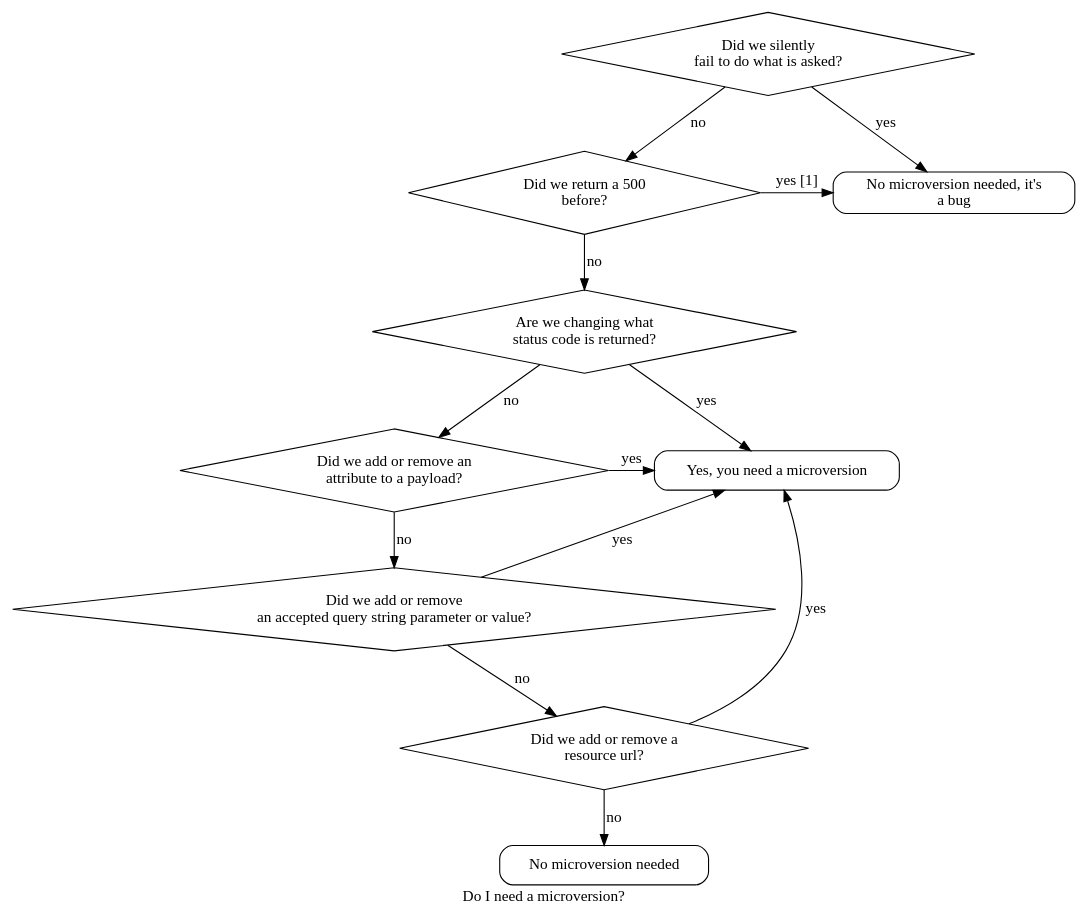
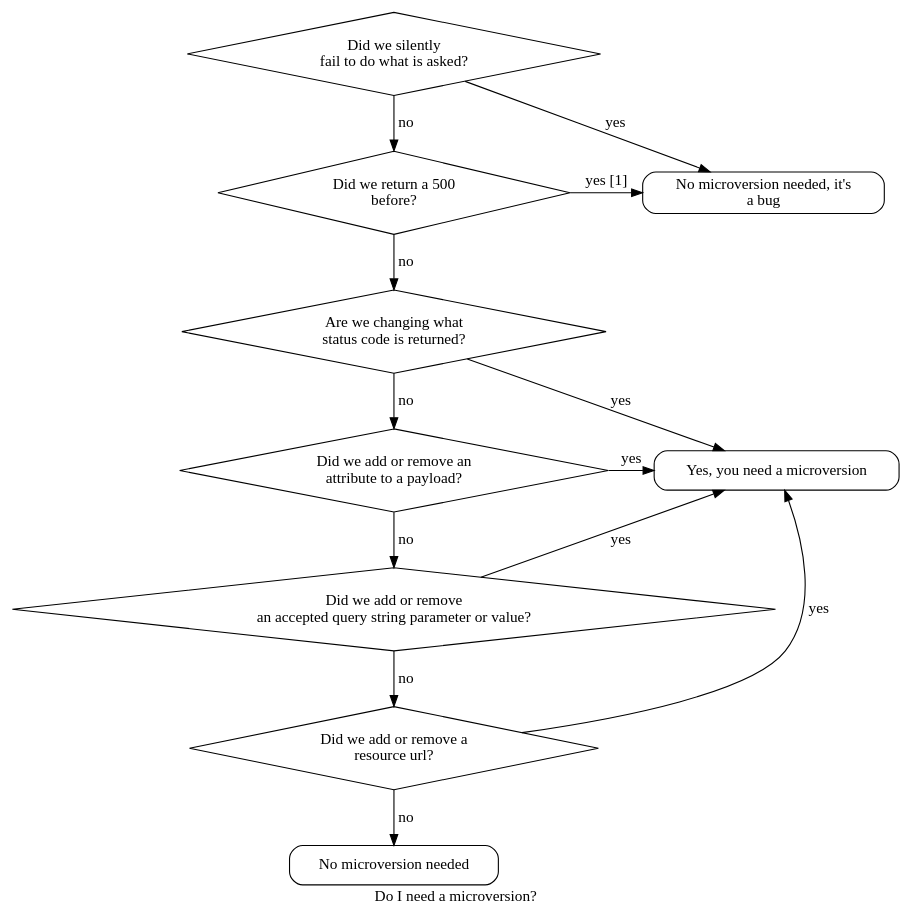
Before and after one commit to openstack/nova: the diagram in doc/source/api_microversion_dev.rst, drawn with Graphviz.

Commit message:
tweak graphviz formatting for readability
The "group" tag on nodes can be used to create vertical alignment, all
nodes in a group which are connected will end up in one column. This
makes reading the flow chart a bit easier.

Add a " " before the "no" edges otherwise they are left justified
completely to the vertical edge, and make it kind of gorpy to read.

```diff
--- a/doc/source/api_microversion_dev.rst
+++ b/doc/source/api_microversion_dev.rst
@@ -78,47 +78,47 @@
 .. graphviz::
 
    digraph states {
 
     label="Do I need a microversion?"
 
-    silent_fail[shape="diamond", style="", label="Did we silently
+    silent_fail[shape="diamond", style="", group=g1, label="Did we silently
    fail to do what is asked?"];
-    ret_500[shape="diamond", style="", label="Did we return a 500
+    ret_500[shape="diamond", style="", group=g1, label="Did we return a 500
    before?"];
-    new_error[shape="diamond", style="", label="Are we changing what
+    new_error[shape="diamond", style="", group=g1, label="Are we changing what
     status code is returned?"];
-    new_attr[shape="diamond", style="", label="Did we add or remove an
+    new_attr[shape="diamond", style="", group=g1, label="Did we add or remove an
     attribute to a payload?"];
-    new_param[shape="diamond", style="", label="Did we add or remove
+    new_param[shape="diamond", style="", group=g1, label="Did we add or remove
     an accepted query string parameter or value?"];
-    new_resource[shape="diamond", style="", label="Did we add or remove a
+    new_resource[shape="diamond", style="", group=g1, label="Did we add or remove a
    resource url?"];
 
 
    no[shape="box", style=rounded, label="No microversion needed"];
    yes[shape="box", style=rounded, label="Yes, you need a microversion"];
    no2[shape="box", style=rounded, label="No microversion needed, it's
    a bug"];
 
-   silent_fail -> ret_500[label="no"];
+   silent_fail -> ret_500[label=" no"];
    silent_fail -> no2[label="yes"];
 
     ret_500 -> no2[label="yes [1]"];
-    ret_500 -> new_error[label="no"];
+    ret_500 -> new_error[label=" no"];
 
-    new_error -> new_attr[label="no"];
+    new_error -> new_attr[label=" no"];
     new_error -> yes[label="yes"];
 
-    new_attr -> new_param[label="no"];
+    new_attr -> new_param[label=" no"];
     new_attr -> yes[label="yes"];
 
-    new_param -> new_resource[label="no"];
+    new_param -> new_resource[label=" no"];
     new_param -> yes[label="yes"];
 
-    new_resource -> no[label="no"];
+    new_resource -> no[label=" no"];
     new_resource -> yes[label="yes"];
 
    {rank=same; yes new_attr}
    {rank=same; no2 ret_500}
    {rank=min; silent_fail}
    }
```
